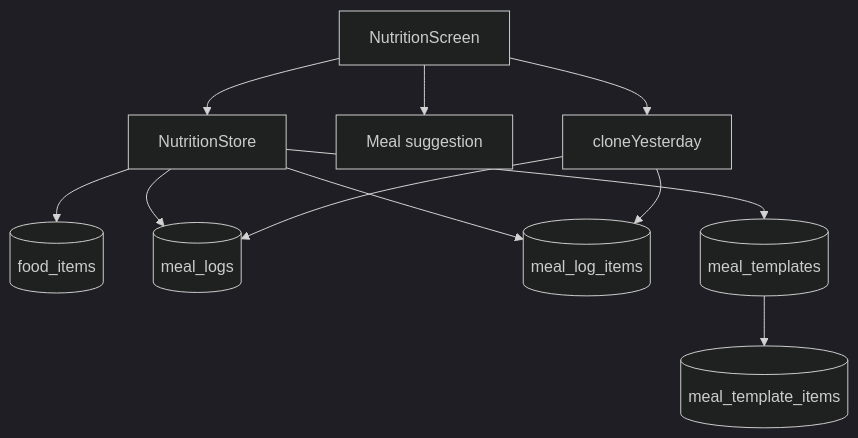
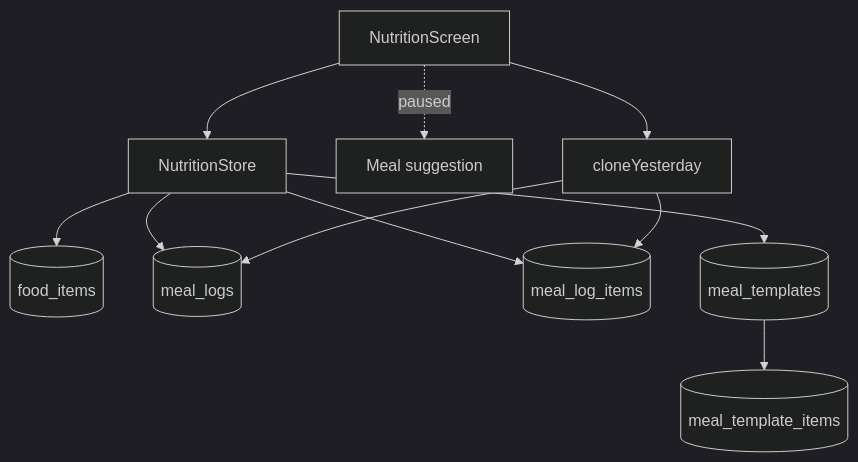
One commit to Ramagiri-Ranesh/LifeOsMobileApp changed the fourth of 6 diagrams in docs/architecture.md. Above: the diagram before and after it, drawn with Mermaid (dark theme). The commit also changed other lines of this file and 9 other files, not shown here.

````diff
--- a/docs/architecture.md
+++ b/docs/architecture.md
@@ -346,13 +346,13 @@
 ```mermaid
 flowchart TD
   NutritionScreen --> NutritionStore
   NutritionStore --> FoodItems[(food_items)]
   NutritionStore --> MealLogs[(meal_logs)]
   NutritionStore --> MealLogItems[(meal_log_items)]
   NutritionStore --> MealTemplates[(meal_templates)]
   MealTemplates --> MealTemplateItems[(meal_template_items)]
-  NutritionScreen --> AI[Meal suggestion]
+  NutritionScreen -. paused .-> AI[Meal suggestion]
   NutritionScreen --> CloneYesterday[cloneYesterday]
   CloneYesterday --> MealLogs
   CloneYesterday --> MealLogItems
 ```
````
